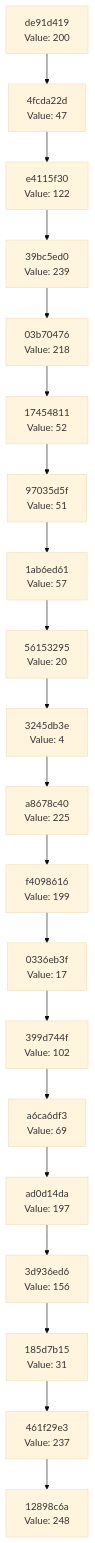
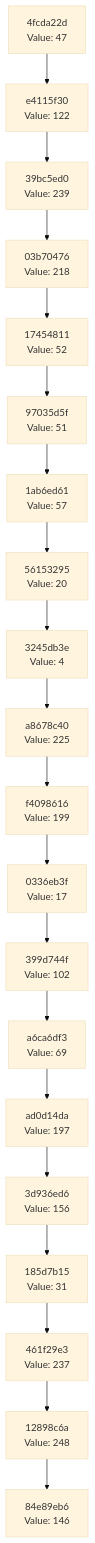
One commit to Abhisheksinha1506/hash-chain-evolver changed the diagram in docs/CHAIN_VISUALIZATION.md. Above: the diagram before and after it, drawn with Mermaid (base theme). The commit also changed 2 other files, not shown here.

Commit message:
Evolution step: hash 0x92 → action executed

````diff
--- a/docs/CHAIN_VISUALIZATION.md
+++ b/docs/CHAIN_VISUALIZATION.md
@@ -3,42 +3,42 @@
 ```mermaid
 graph TD
-    C0["12898c6a<br/>Value: 248"]
-    C1["461f29e3<br/>Value: 237"]
+    C0["84e89eb6<br/>Value: 146"]
+    C1["12898c6a<br/>Value: 248"]
     C1 --> C0
-    C2["185d7b15<br/>Value: 31"]
+    C2["461f29e3<br/>Value: 237"]
     C2 --> C1
-    C3["3d936ed6<br/>Value: 156"]
+    C3["185d7b15<br/>Value: 31"]
     C3 --> C2
-    C4["ad0d14da<br/>Value: 197"]
+    C4["3d936ed6<br/>Value: 156"]
     C4 --> C3
-    C5["a6ca6df3<br/>Value: 69"]
+    C5["ad0d14da<br/>Value: 197"]
     C5 --> C4
-    C6["399d744f<br/>Value: 102"]
+    C6["a6ca6df3<br/>Value: 69"]
     C6 --> C5
-    C7["0336eb3f<br/>Value: 17"]
+    C7["399d744f<br/>Value: 102"]
     C7 --> C6
-    C8["f4098616<br/>Value: 199"]
+    C8["0336eb3f<br/>Value: 17"]
     C8 --> C7
-    C9["a8678c40<br/>Value: 225"]
+    C9["f4098616<br/>Value: 199"]
     C9 --> C8
-    C10["3245db3e<br/>Value: 4"]
+    C10["a8678c40<br/>Value: 225"]
     C10 --> C9
-    C11["56153295<br/>Value: 20"]
+    C11["3245db3e<br/>Value: 4"]
     C11 --> C10
-    C12["1ab6ed61<br/>Value: 57"]
+    C12["56153295<br/>Value: 20"]
     C12 --> C11
-    C13["97035d5f<br/>Value: 51"]
+    C13["1ab6ed61<br/>Value: 57"]
     C13 --> C12
-    C14["17454811<br/>Value: 52"]
+    C14["97035d5f<br/>Value: 51"]
     C14 --> C13
-    C15["03b70476<br/>Value: 218"]
+    C15["17454811<br/>Value: 52"]
     C15 --> C14
-    C16["39bc5ed0<br/>Value: 239"]
+    C16["03b70476<br/>Value: 218"]
     C16 --> C15
-    C17["e4115f30<br/>Value: 122"]
+    C17["39bc5ed0<br/>Value: 239"]
     C17 --> C16
-    C18["4fcda22d<br/>Value: 47"]
+    C18["e4115f30<br/>Value: 122"]
     C18 --> C17
-    C19["de91d419<br/>Value: 200"]
+    C19["4fcda22d<br/>Value: 47"]
     C19 --> C18
 ```
````
